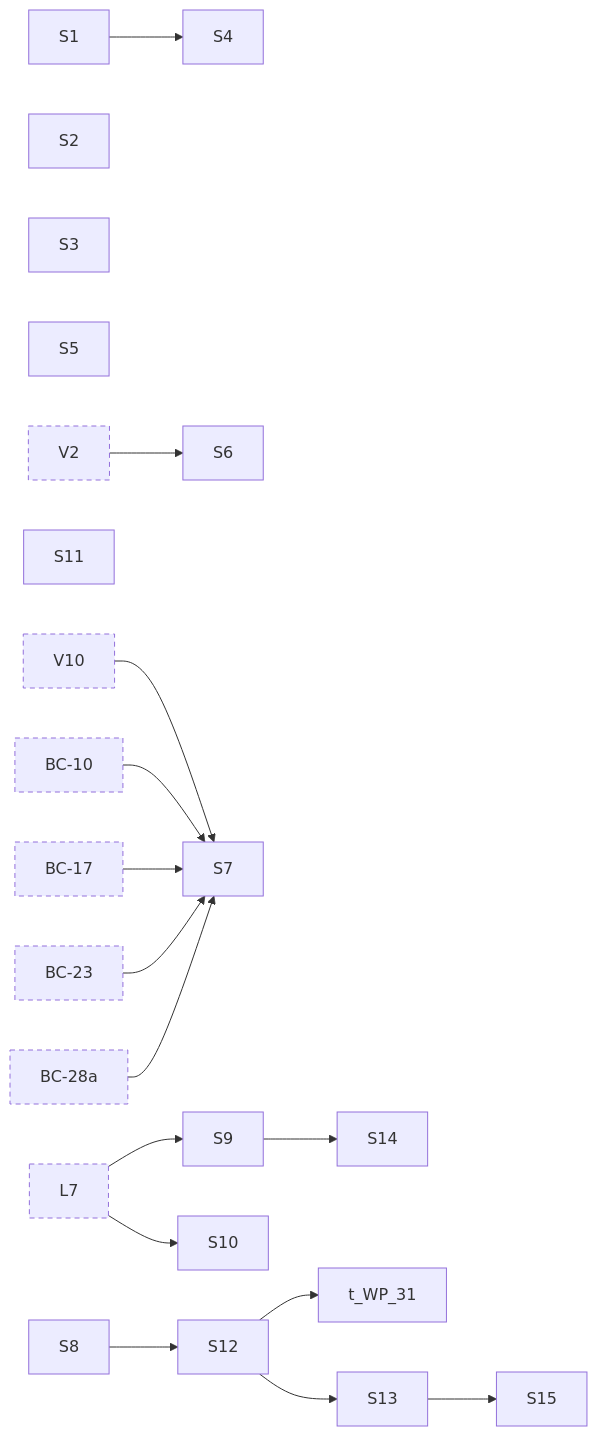
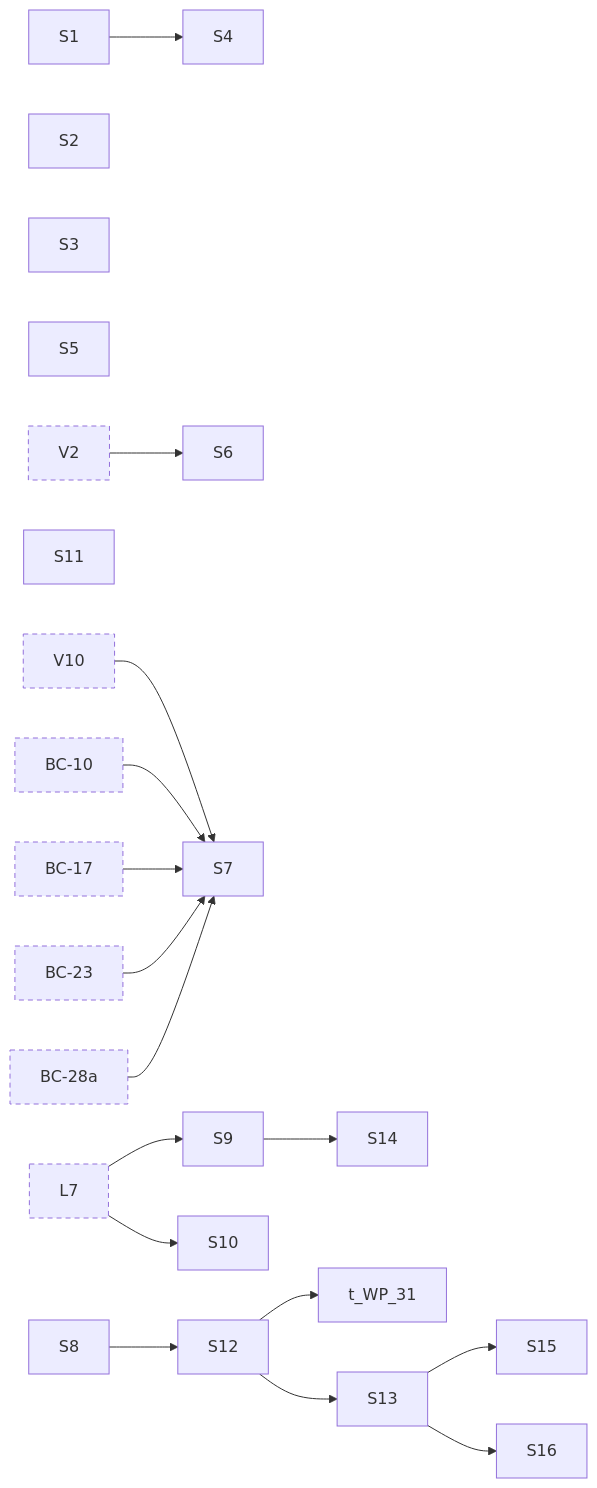
One commit to jhoblitt/rgw-go changed the second of 11 diagrams in docs/superpowers/plans/2026-10-13-phase-2/dependencies.md. Above: the diagram before and after it, drawn with Mermaid. The commit also changed other lines of this file and 1 other file, not shown here.

Commit message:
docs(plan): add S16, a Deny's typed operator over a repeated tag key
A Deny of s3:PutObject with NumericGreaterThan s3:RequestObjectTag/level 5 is evaded by repeating the key, since radosgw's typed operators read one value of it and rgw-go reproduces which one. Amazon S3 requires an object's tag keys to be unique, so S16 refuses a tag set that repeats a key on every write that takes one, before authorization, and holds a Deny's typed operator over every value of a repeated key a stored tag set still brings.

````diff
--- a/docs/superpowers/plans/2026-10-13-phase-2/dependencies.md
+++ b/docs/superpowers/plans/2026-10-13-phase-2/dependencies.md
@@ -55,62 +55,65 @@
 ```mermaid
 flowchart LR
   t_S1["S1"]
   t_S2["S2"]
   t_S3["S3"]
   t_S4["S4"]
   t_S5["S5"]
   t_S6["S6"]
   t_S7["S7"]
   t_S8["S8"]
   t_S9["S9"]
   t_S10["S10"]
   t_S11["S11"]
   t_S12["S12"]
   t_S13["S13"]
   t_S14["S14"]
   t_S15["S15"]
+  t_S16["S16"]
   t_V2["V2"]:::ext
   t_V10["V10"]:::ext
   t_BC_10["BC-10"]:::ext
   t_BC_17["BC-17"]:::ext
   t_BC_23["BC-23"]:::ext
   t_BC_28a["BC-28a"]:::ext
   t_L7["L7"]:::ext
   t_S1 --> t_S4
   t_V2 --> t_S6
   t_V10 --> t_S7
   t_BC_10 --> t_S7
   t_BC_17 --> t_S7
   t_BC_23 --> t_S7
   t_BC_28a --> t_S7
   t_L7 --> t_S9
   t_L7 --> t_S10
   t_S8 --> t_S12
   t_S12 --> t_WP_31
   t_S12 --> t_S13
   t_S9 --> t_S14
   t_S13 --> t_S15
+  t_S13 --> t_S16
   click t_S1 href "https://github.com/jhoblitt/rgw-go/blob/main/docs/superpowers/plans/2026-10-13-phase-2/00-index.md#task-s1-fakeradoss-rgw-class-as-method-tables" "S1: fakerados's rgw class as method tables"
   click t_S2 href "https://github.com/jhoblitt/rgw-go/blob/main/docs/superpowers/plans/2026-10-13-phase-2/00-index.md#task-s2-route-sets-per-feature-and-the-env-slots" "S2: route sets per feature and the Env slots"
   click t_S3 href "https://github.com/jhoblitt/rgw-go/blob/main/docs/superpowers/plans/2026-10-13-phase-2/00-index.md#task-s3-one-aws-correct-ispublic" "S3: one AWS-correct IsPublic"
   click t_S4 href "https://github.com/jhoblitt/rgw-go/blob/main/docs/superpowers/plans/2026-10-13-phase-2/00-index.md#task-s4-fakerados-refuses-an-unregistered-class-method-at-op-setup" "S4: fakerados refuses an unregistered class method at op setup"
   click t_S5 href "https://github.com/jhoblitt/rgw-go/blob/main/docs/superpowers/plans/2026-10-13-phase-2/00-index.md#task-s5-ignorepublicacls-ignores-swifts-public-container-grants" "S5: IgnorePublicAcls ignores Swift's public container grants"
   click t_S6 href "https://github.com/jhoblitt/rgw-go/blob/main/docs/superpowers/plans/2026-10-13-phase-2/00-index.md#task-s6-one-choose_from" "S6: one choose_from"
   click t_S7 href "https://github.com/jhoblitt/rgw-go/blob/main/docs/superpowers/plans/2026-10-13-phase-2/00-index.md#task-s7-one-schema-scanner-for-s3-xml-request-bodies" "S7: one schema scanner for S3 XML request bodies"
   click t_S8 href "https://github.com/jhoblitt/rgw-go/blob/main/docs/superpowers/plans/2026-10-13-phase-2/00-index.md#task-s8-a-deny-that-names-notaction-refuses-every-action-it-does-not-name" "S8: a Deny that names NotAction refuses every action it does not name"
   click t_S9 href "https://github.com/jhoblitt/rgw-go/blob/main/docs/superpowers/plans/2026-10-13-phase-2/00-index.md#task-s9-a-denys-condition-holds-where-amazon-s3s-or-radosgws-evaluation-holds" "S9: a Deny's condition holds where Amazon S3's or radosgw's evaluation holds"
   click t_S10 href "https://github.com/jhoblitt/rgw-go/blob/main/docs/superpowers/plans/2026-10-13-phase-2/00-index.md#task-s10-a-denys-condition-key-names-match-without-regard-to-case" "S10: a Deny's condition key names match without regard to case"
   click t_S11 href "https://github.com/jhoblitt/rgw-go/blob/main/docs/superpowers/plans/2026-10-13-phase-2/00-index.md#task-s11-a-bound-on-an-xml-request-bodys-elements-and-depth" "S11: a bound on an XML request body's elements and depth"
   click t_S12 href "https://github.com/jhoblitt/rgw-go/blob/main/docs/superpowers/plans/2026-10-13-phase-2/00-index.md#task-s12-the-object-writes-authorize-the-acl-and-tags-they-set-as-amazon-s3-does" "S12: the object writes authorize the ACL and tags they set as Amazon S3 does"
   click t_S13 href "https://github.com/jhoblitt/rgw-go/blob/main/docs/superpowers/plans/2026-10-13-phase-2/00-index.md#task-s13-copyobject-and-createmultipartupload-evaluate-s3putobject-with-the-acl-and-tag-condition-keys" "S13: CopyObject and CreateMultipartUpload evaluate s3:PutObject with the ACL and tag condition keys"
   click t_S14 href "https://github.com/jhoblitt/rgw-go/blob/main/docs/superpowers/plans/2026-10-13-phase-2/00-index.md#task-s14-a-deny-reads-the-request-context-amazon-s3-builds" "S14: a Deny reads the request context Amazon S3 builds"
   click t_S15 href "https://github.com/jhoblitt/rgw-go/blob/main/docs/superpowers/plans/2026-10-13-phase-2/00-index.md#task-s15-completemultipartupload-under-a-deny-on-s3x-amz-acl" "S15: CompleteMultipartUpload under a Deny on `s3:x-amz-acl`"
+  click t_S16 href "https://github.com/jhoblitt/rgw-go/blob/main/docs/superpowers/plans/2026-10-13-phase-2/00-index.md#task-s16-a-denys-typed-operator-over-a-repeated-tag-key" "S16: a Deny's typed operator over a repeated tag key"
   click t_V2 href "https://github.com/jhoblitt/rgw-go/blob/main/docs/superpowers/plans/2026-10-13-phase-2/V-versioning.md#task-v2-meta-olh-head-types-and-bucket-helpers" "V2: meta OLH head types and bucket helpers"
   click t_V10 href "https://github.com/jhoblitt/rgw-go/blob/main/docs/superpowers/plans/2026-10-13-phase-2/V-versioning.md#task-v10-op-and-s3-putbucketversioning-and-getbucketversioning" "V10: op and s3, PutBucketVersioning and GetBucketVersioning"
   click t_BC_10 href "https://github.com/jhoblitt/rgw-go/blob/main/docs/superpowers/plans/2026-10-13-phase-2/B-bucket-config.md#task-bc-10-website-semantics-and-xml" "BC-10: Website semantics and XML"
   click t_BC_17 href "https://github.com/jhoblitt/rgw-go/blob/main/docs/superpowers/plans/2026-10-13-phase-2/B-bucket-config.md#task-bc-17-block-xml" "BC-17: Block XML"
   click t_BC_23 href "https://github.com/jhoblitt/rgw-go/blob/main/docs/superpowers/plans/2026-10-13-phase-2/B-bucket-config.md#task-bc-23-encryption-configuration-type" "BC-23: Encryption configuration type"
   click t_BC_28a href "https://github.com/jhoblitt/rgw-go/blob/main/docs/superpowers/plans/2026-10-13-phase-2/B-bucket-config.md#task-bc-28a-ownership-type" "BC-28a: Ownership type"
   click t_L7 href "https://github.com/jhoblitt/rgw-go/blob/main/docs/superpowers/plans/2026-10-13-phase-2/L-object-lock.md#task-l7-a-policys-object-lock-condition-keys-constrain-the-lock-a-request-sets" "L7: a policy's object-lock condition keys constrain the lock a request sets"
   classDef ext stroke-dasharray: 5 4
 ```
````
